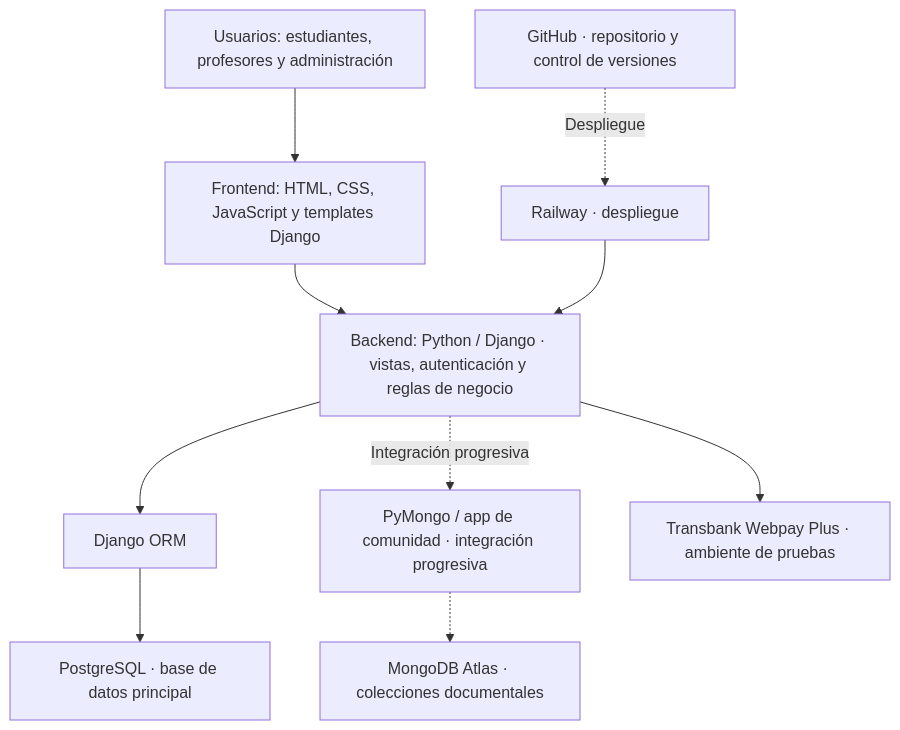
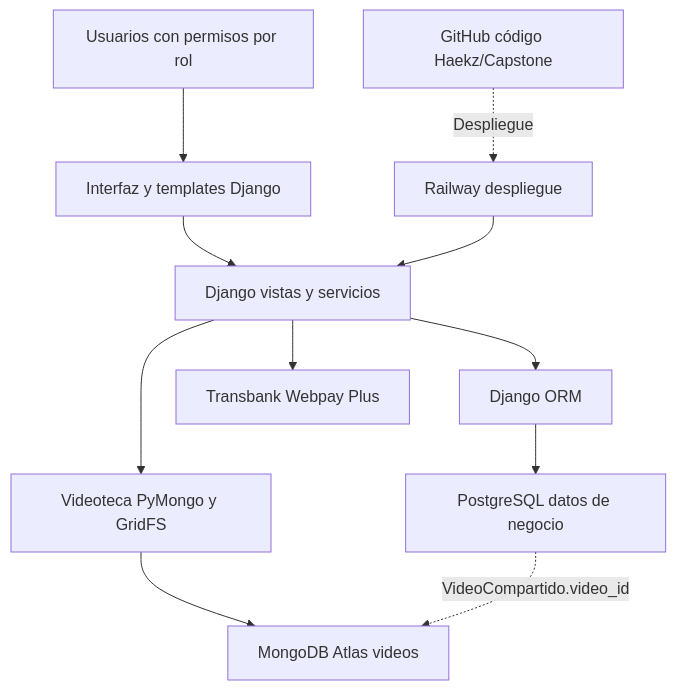
The diagram in README.md (frsaez21/Grupo-5-Capstone-), drawn with Mermaid before and after one commit. The commit also changed other lines of this file, not shown here.

````diff
--- a/README.md
+++ b/README.md
@@ -85,22 +114,24 @@
 ```mermaid
 flowchart TB
-    U["Usuarios: estudiantes, profesores y administración"]
-    FE["Frontend: HTML, CSS, JavaScript y templates Django"]
-    DJ["Backend: Python / Django · vistas, autenticación y reglas de negocio"]
+    U["Usuarios con permisos por rol"]
+    FE["Interfaz y templates Django"]
+    DJ["Django vistas y servicios"]
     ORM["Django ORM"]
-    PG["PostgreSQL · base de datos principal"]
-    PY["PyMongo / app de comunidad · integración progresiva"]
-    MDB["MongoDB Atlas · colecciones documentales"]
-    TB["Transbank Webpay Plus · ambiente de pruebas"]
-    GH["GitHub · repositorio y control de versiones"]
-    RW["Railway · despliegue"]
+    PG["PostgreSQL datos de negocio"]
+    VF["Videoteca PyMongo y GridFS"]
+    MDB["MongoDB Atlas videos"]
+    WP["Transbank Webpay Plus"]
+    GH["GitHub código Haekz/Capstone"]
+    RW["Railway despliegue"]
 
-    U --> FE --> DJ
+    U --> FE
+    FE --> DJ
     DJ --> ORM
     ORM --> PG
-    DJ -. "Integración progresiva" .-> PY
-    PY -.-> MDB
-    DJ --> TB
+    DJ --> VF
+    VF --> MDB
+    DJ --> WP
+    PG -. "VideoCompartido.video_id" .-> MDB
     GH -. "Despliegue" .-> RW
     RW --> DJ
 ```
````
